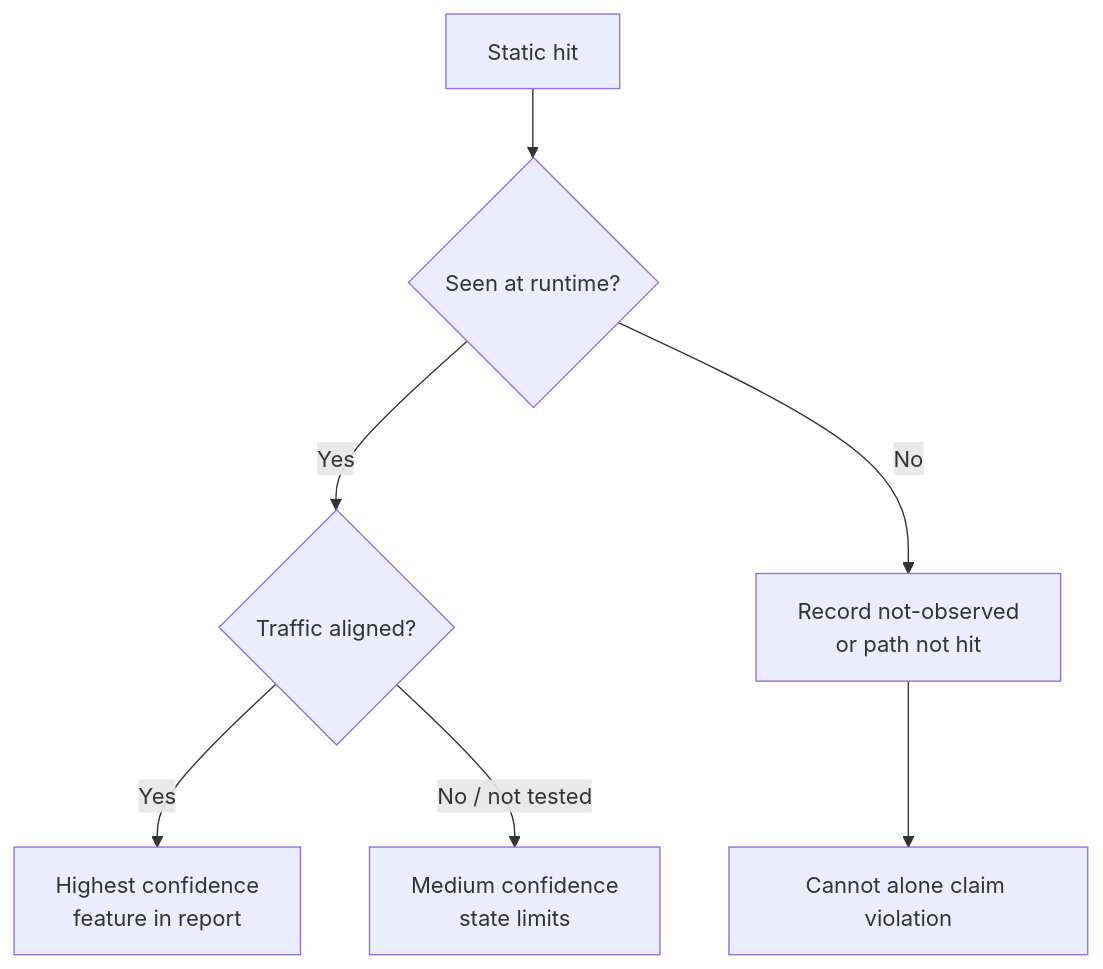
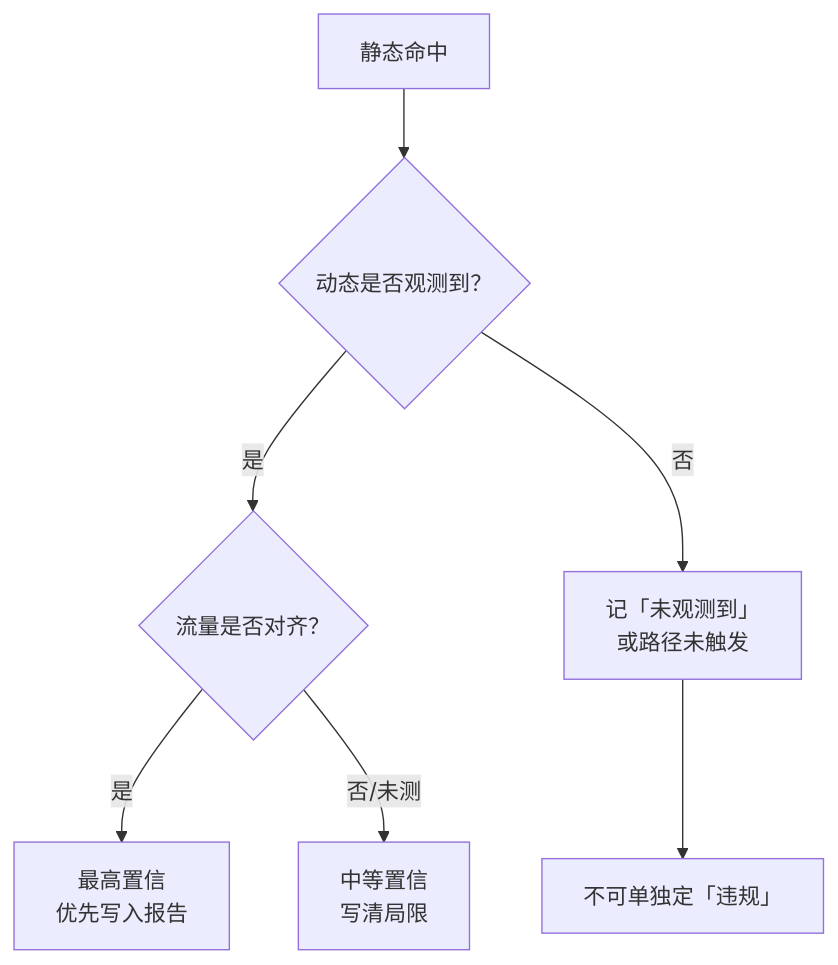
The fourth of 5 diagrams in README.md (ConradLu2740/app-privacy-audit), drawn with Mermaid before and after one commit. The commit also changed other lines of this file and 4 other files, not shown here.

````diff
--- a/README.md
+++ b/README.md
@@ -108,9 +150,9 @@
 ```mermaid
 flowchart TD
-  S["Static hit"] --> Q{"Seen at runtime?"}
-  Q -->|Yes| T{"Traffic aligned?"}
-  Q -->|No| U["Record not-observed<br/>or path not hit"]
-  T -->|Yes| V["Highest confidence<br/>feature in report"]
-  T -->|No / not tested| W["Medium confidence<br/>state limits"]
-  U --> X["Cannot alone claim violation"]
+  S["静态命中"] --> Q{"动态是否观测到？"}
+  Q -->|是| T{"流量是否对齐？"}
+  Q -->|否| U["记「未观测到」<br/>或路径未触发"]
+  T -->|是| V["最高置信<br/>优先写入报告"]
+  T -->|否/未测| W["中等置信<br/>写清局限"]
+  U --> X["不可单独定「违规」"]
 ```
````
